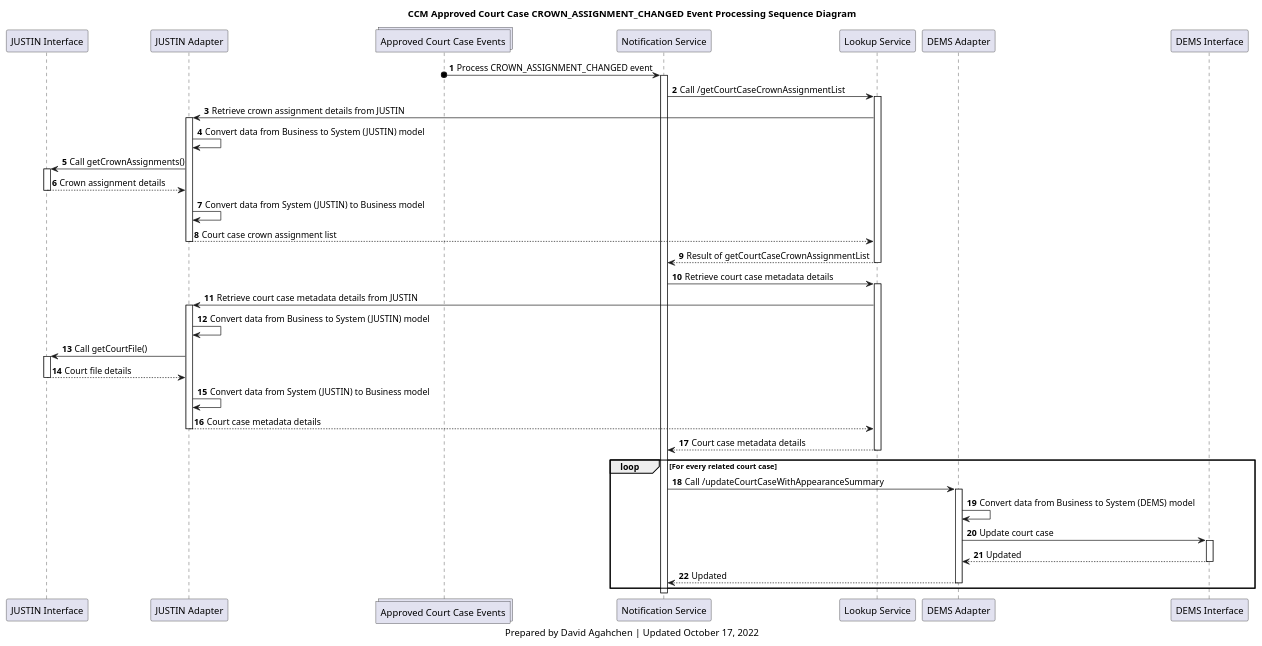
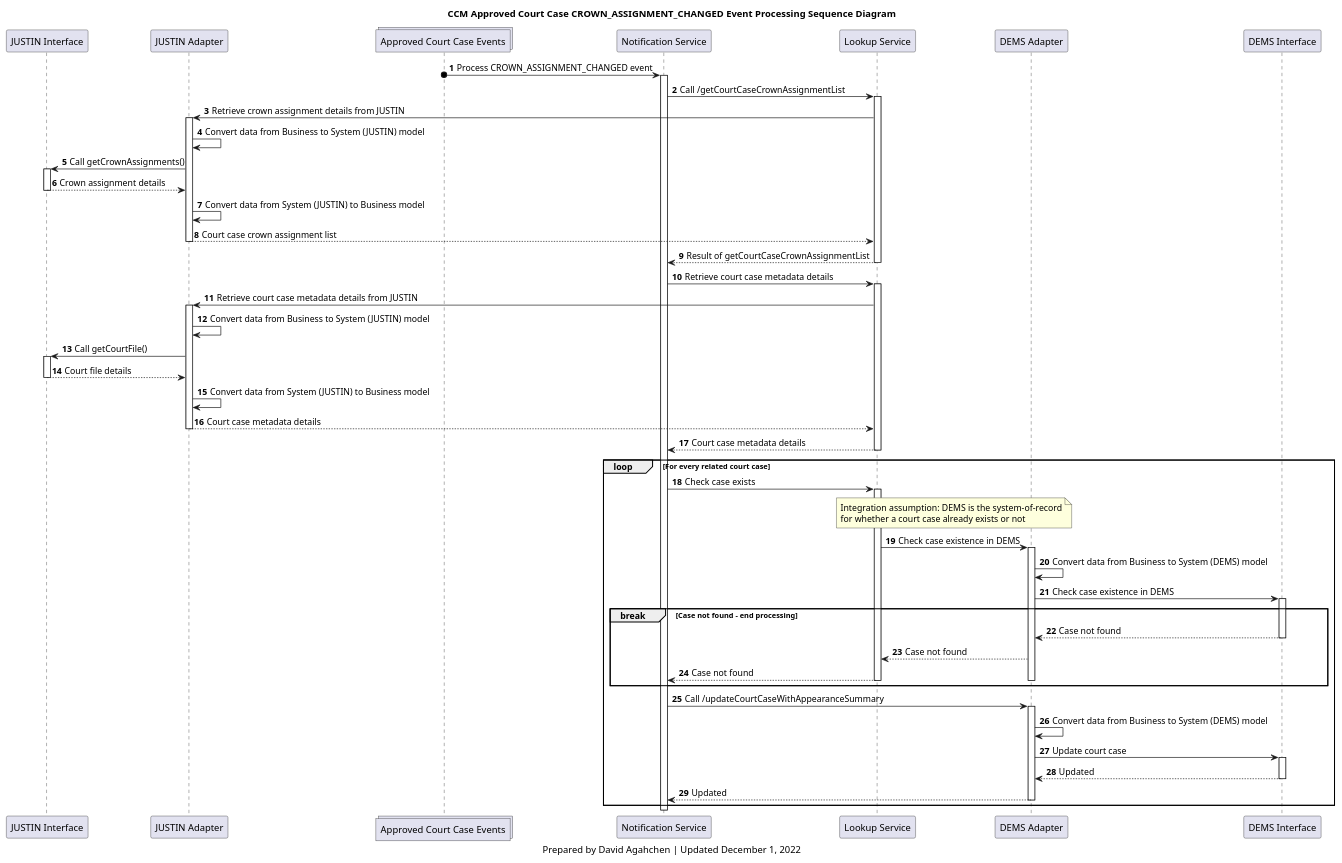
One commit to bcgov/jpss-jade-ccm changed the diagram in diagrams/ccm_approved_court_case_crown_assignment_changed_processing_sequence_diagram.plantuml. Above: the diagram before and after it, drawn with PlantUML. The commit also changed 7 other files, not shown here.

Commit message:
JADE-1828 diagram updates

```diff
--- a/diagrams/ccm_approved_court_case_crown_assignment_changed_processing_sequence_diagram.plantuml
+++ b/diagrams/ccm_approved_court_case_crown_assignment_changed_processing_sequence_diagram.plantuml
@@ -1,78 +1,100 @@
 @startuml
 'hide footbox
 participant j_interface as "JUSTIN Interface"
 participant j_adapter as "JUSTIN Adapter"
 collections approved_court_case_topic as "Approved Court Case Events"
 participant notification_service as "Notification Service"
 participant lookup_service as "Lookup Service"
 participant d_adapter as "DEMS Adapter"
 participant d_interface as "DEMS Interface"
 
 title
 CCM Approved Court Case CROWN_ASSIGNMENT_CHANGED Event Processing Sequence Diagram
 end title
 
 autonumber
 
 approved_court_case_topic o-> notification_service: Process CROWN_ASSIGNMENT_CHANGED event
 activate notification_service
 
 notification_service -> lookup_service: Call /getCourtCaseCrownAssignmentList
 activate lookup_service
 lookup_service -> j_adapter: Retrieve crown assignment details from JUSTIN
 
 activate j_adapter
 j_adapter -> j_adapter: Convert data from Business to System (JUSTIN) model
 j_adapter -> j_interface: Call getCrownAssignments()
 activate j_interface
 j_interface --> j_adapter: Crown assignment details
 deactivate j_interface
 j_adapter -> j_adapter: Convert data from System (JUSTIN) to Business model
 j_adapter --> lookup_service: Court case crown assignment list
 deactivate j_adapter
 
 lookup_service --> notification_service: Result of getCourtCaseCrownAssignmentList
 deactivate lookup_service
 
 notification_service -> lookup_service: Retrieve court case metadata details
 activate lookup_service
 lookup_service -> j_adapter: Retrieve court case metadata details from JUSTIN
 
 activate j_adapter
 j_adapter -> j_adapter: Convert data from Business to System (JUSTIN) model
 j_adapter -> j_interface: Call getCourtFile()
 activate j_interface
 j_interface --> j_adapter: Court file details
 deactivate j_interface
 j_adapter -> j_adapter: Convert data from System (JUSTIN) to Business model
 j_adapter --> lookup_service: Court case metadata details
 deactivate j_adapter
 
 lookup_service --> notification_service: Court case metadata details
 deactivate lookup_service
 
 loop For every related court case
+
+    notification_service -> lookup_service: Check case exists
+    activate lookup_service
+    note over lookup_service, d_adapter
+    Integration assumption: DEMS is the system-of-record
+    for whether a court case already exists or not
+    end note
+    lookup_service -> d_adapter: Check case existence in DEMS
+    activate d_adapter
+    d_adapter -> d_adapter: Convert data from Business to System (DEMS) model
+    d_adapter -> d_interface: Check case existence in DEMS
+    activate d_interface
+
+    break Case not found - end processing
+    d_interface --> d_adapter: Case not found
+    deactivate d_interface
+    d_adapter --> lookup_service: Case not found
+    lookup_service --> notification_service: Case not found
+    deactivate lookup_service
+    deactivate d_adapter
+    end break
+
     notification_service -> d_adapter: Call /updateCourtCaseWithAppearanceSummary
     activate d_adapter
 
     d_adapter -> d_adapter: Convert data from Business to System (DEMS) model
 
     d_adapter -> d_interface: Update court case
     activate d_interface
 
     d_interface --> d_adapter: Updated
     deactivate d_interface
 
     d_adapter --> notification_service: Updated
     deactivate d_adapter
 
 end
 
 deactivate notification_service
 
 deactivate notification_service
 
 caption
-Prepared by David Agahchen | Updated October 17, 2022
+Prepared by David Agahchen | Updated December 1, 2022
 end caption
 @enduml
```
